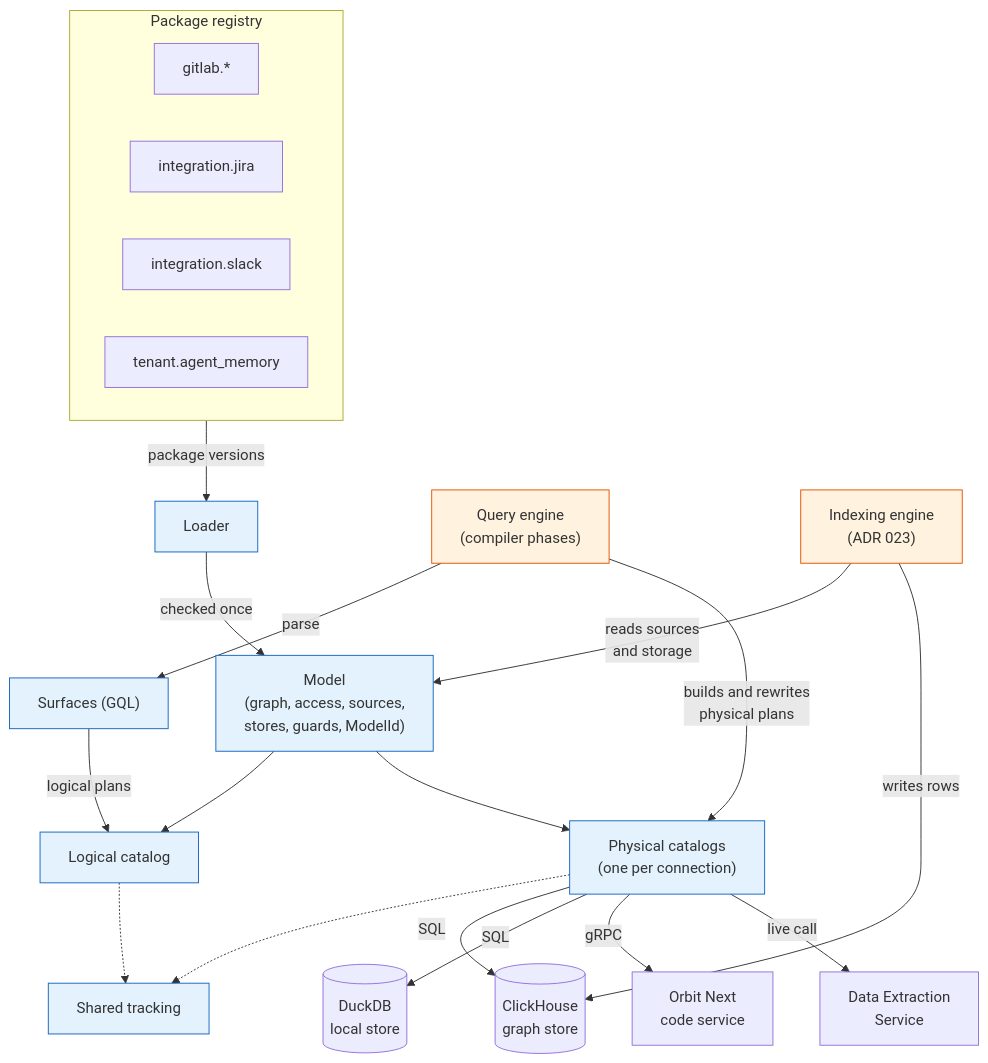
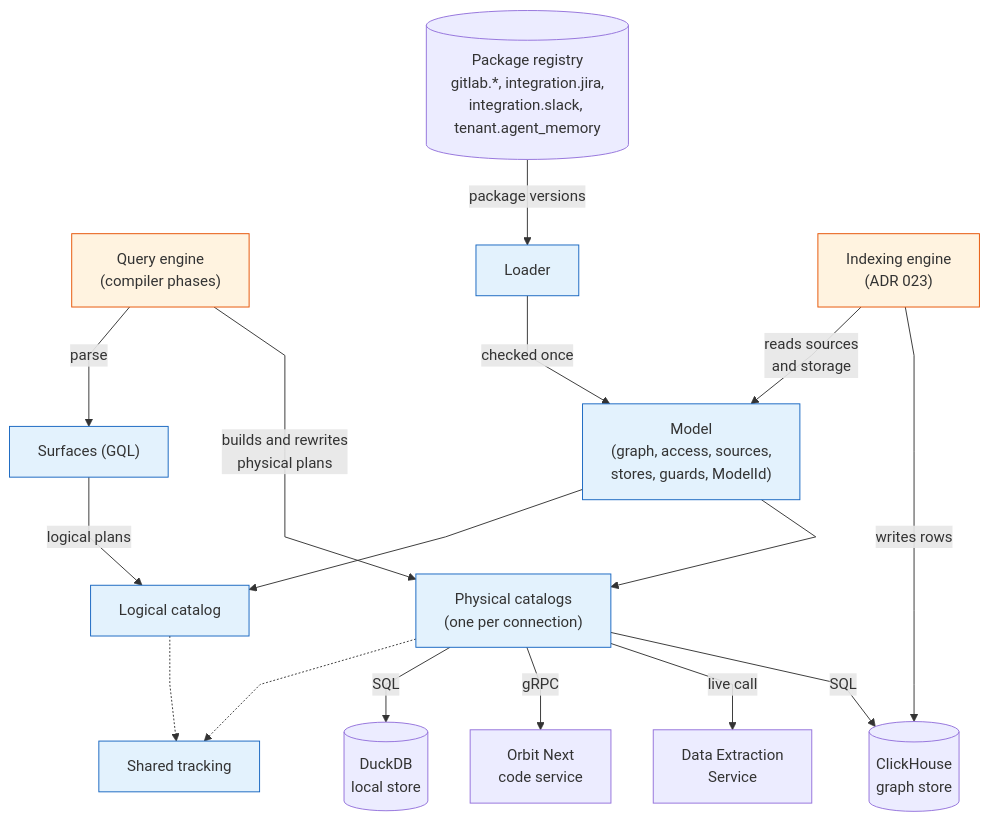
One commit to gitlabhq/orbit-knowledge-graph changed the first of 7 diagrams in docs/pages/engineering/adr/024_pluggable_data_model.md. Above: the diagram before and after it, drawn with Mermaid. The commit also changed other lines of this file, not shown here.

Commit message:
docs(adr): straighten the ADR 024 Mermaid diagrams

````diff
--- a/docs/pages/engineering/adr/024_pluggable_data_model.md
+++ b/docs/pages/engineering/adr/024_pluggable_data_model.md
@@ -61,45 +61,40 @@
 ```mermaid
+%%{init: {"flowchart": {"curve": "linear", "nodeSpacing": 45, "rankSpacing": 55}}}%%
 flowchart TB
     accTitle: The data model in one picture
     accDescr: The package registry feeds the loader, which checks packages once into the model. The model exposes a logical catalog and one physical catalog per connection, both built on shared tracking. The query engine parses through the surfaces and builds and rewrites physical plans through the catalogs, which send SQL, gRPC or live calls to the backends. The indexing engine reads sources and storage from the model and writes rows to ClickHouse.
-    subgraph REG["Package registry"]
-        direction LR
-        P1["gitlab.*"]
-        P2["integration.jira"]
-        P3["integration.slack"]
-        P4["tenant.agent_memory"]
-    end
+    REG[("Package registry<br/>gitlab.*, integration.jira,<br/>integration.slack, tenant.agent_memory")]
+    E["Query engine<br/>(compiler phases)"]
     L["Loader"]
+    IX["Indexing engine<br/>(ADR 023)"]
+    S["Surfaces (GQL)"]
     M["Model<br/>(graph, access, sources,<br/>stores, guards, ModelId)"]
-    S["Surfaces (GQL)"]
     LC["Logical catalog"]
     PC["Physical catalogs<br/>(one per connection)"]
     T["Shared tracking"]
-    E["Query engine<br/>(compiler phases)"]
-    IX["Indexing engine<br/>(ADR 023)"]
-    CH[("ClickHouse<br/>graph store")]
     DD[("DuckDB<br/>local store")]
     ON["Orbit Next<br/>code service"]
     DES["Data Extraction<br/>Service"]
+    CH[("ClickHouse<br/>graph store")]
 
     REG -->|package versions| L
     L -->|checked once| M
+    E -->|parse| S
+    S -->|logical plans| LC
     M --> LC
     M --> PC
-    E -->|parse| S
-    S -->|logical plans| LC
     E -->|builds and rewrites<br/>physical plans| PC
     IX -->|reads sources<br/>and storage| M
     LC -.-> T
     PC -.-> T
-    PC -->|SQL| CH
     PC -->|SQL| DD
     PC -->|gRPC| ON
     PC -->|live call| DES
+    PC -->|SQL| CH
     IX -->|writes rows| CH
 
     classDef qdm fill:#E3F2FD,stroke:#1565C0
     classDef engine fill:#FFF3E0,stroke:#E65100
     class L,M,S,LC,PC,T qdm
     class E,IX engine
 ```
````
